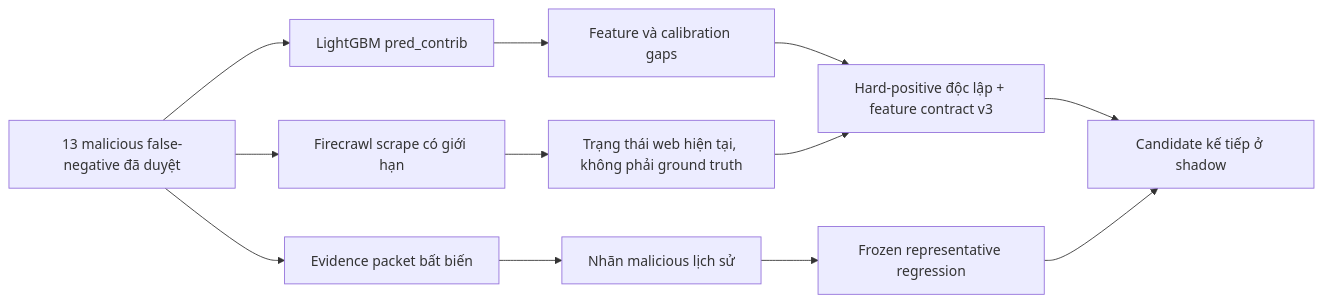
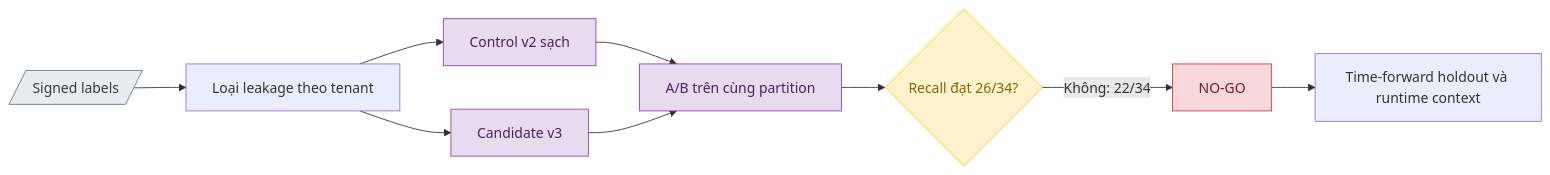
Before and after one commit to vmcchooky/safe-zone: the diagram in docs/research/ml/representative-false-negative-analysis.md, drawn with Mermaid. The commit also changed other lines of this file and 13 other files, not shown here.

````diff
--- a/docs/research/ml/representative-false-negative-analysis.md
+++ b/docs/research/ml/representative-false-negative-analysis.md
@@ -12,14 +12,20 @@
 ```mermaid
 flowchart LR
-    A[13 malicious false-negative đã duyệt] --> B[LightGBM pred_contrib]
-    A --> C[Firecrawl scrape có giới hạn]
-    A --> D[Evidence packet bất biến]
-    B --> E[Feature và calibration gaps]
-    C --> F[Trạng thái web hiện tại, không phải ground truth]
-    D --> G[Nhãn malicious lịch sử]
-    E --> H[Hard-positive độc lập + feature contract v3]
-    F --> H
-    G --> I[Frozen representative regression]
-    H --> J[Candidate kế tiếp ở shadow]
-    I --> J
+    A[/Signed labels/] --> B[Loại leakage theo tenant]
+    B --> C[Control v2 sạch]
+    B --> D[Candidate v3]
+    C --> E[A/B trên cùng partition]
+    D --> E
+    E --> F{Recall đạt 26/34?}
+    F -->|Không: 22/34| G[NO-GO]
+    G --> H[Time-forward holdout và runtime context]
+
+    classDef input fill:#E9ECEF,stroke:#6C757D,color:#343A40
+    classDef ai fill:#E8DAEF,stroke:#8E44AD,color:#4A235A
+    classDef decision fill:#FFF3CD,stroke:#FFC107,color:#856404
+    classDef blocked fill:#F8D7DA,stroke:#DC3545,color:#721C24
+    class A input
+    class C,D,E ai
+    class F decision
+    class G blocked
 ```
````
